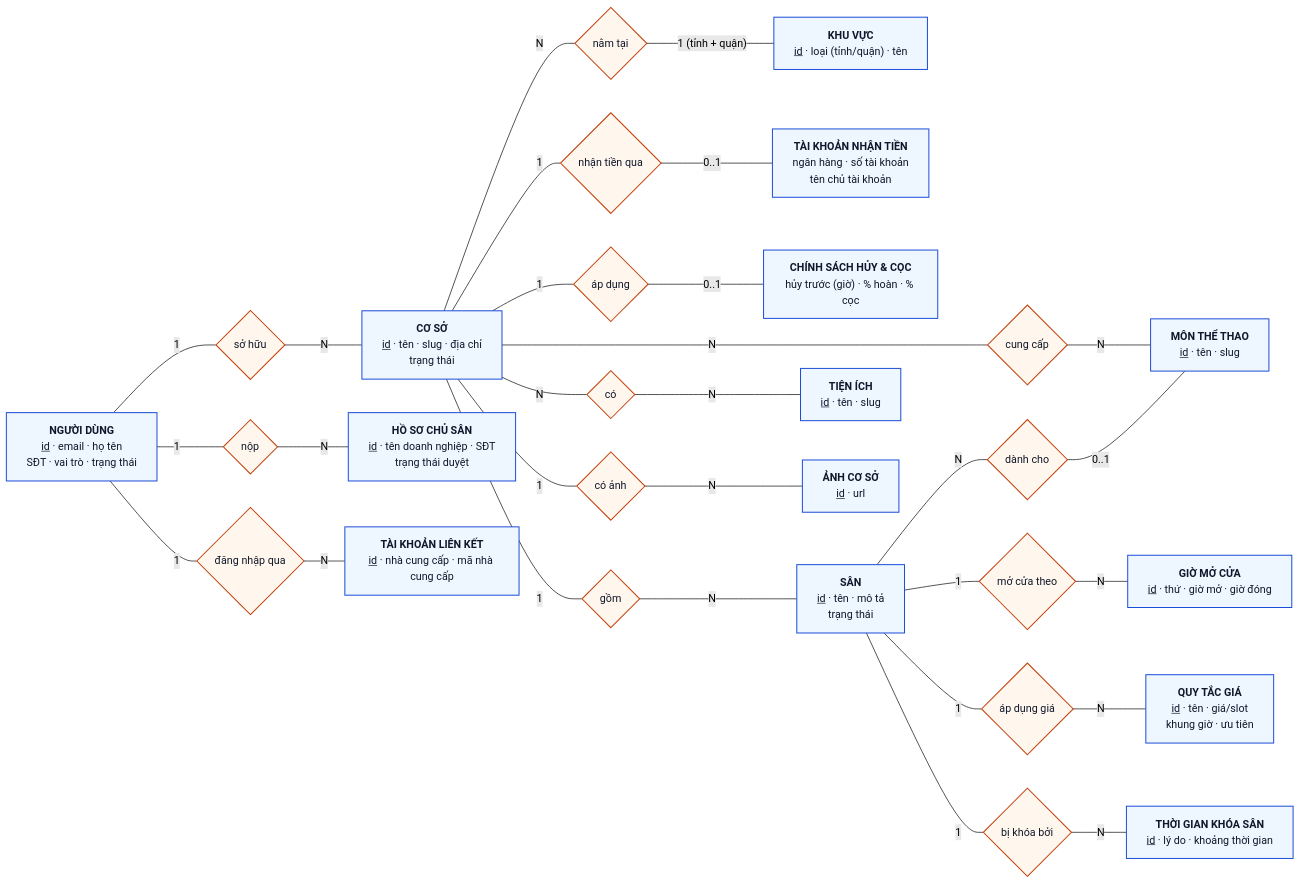
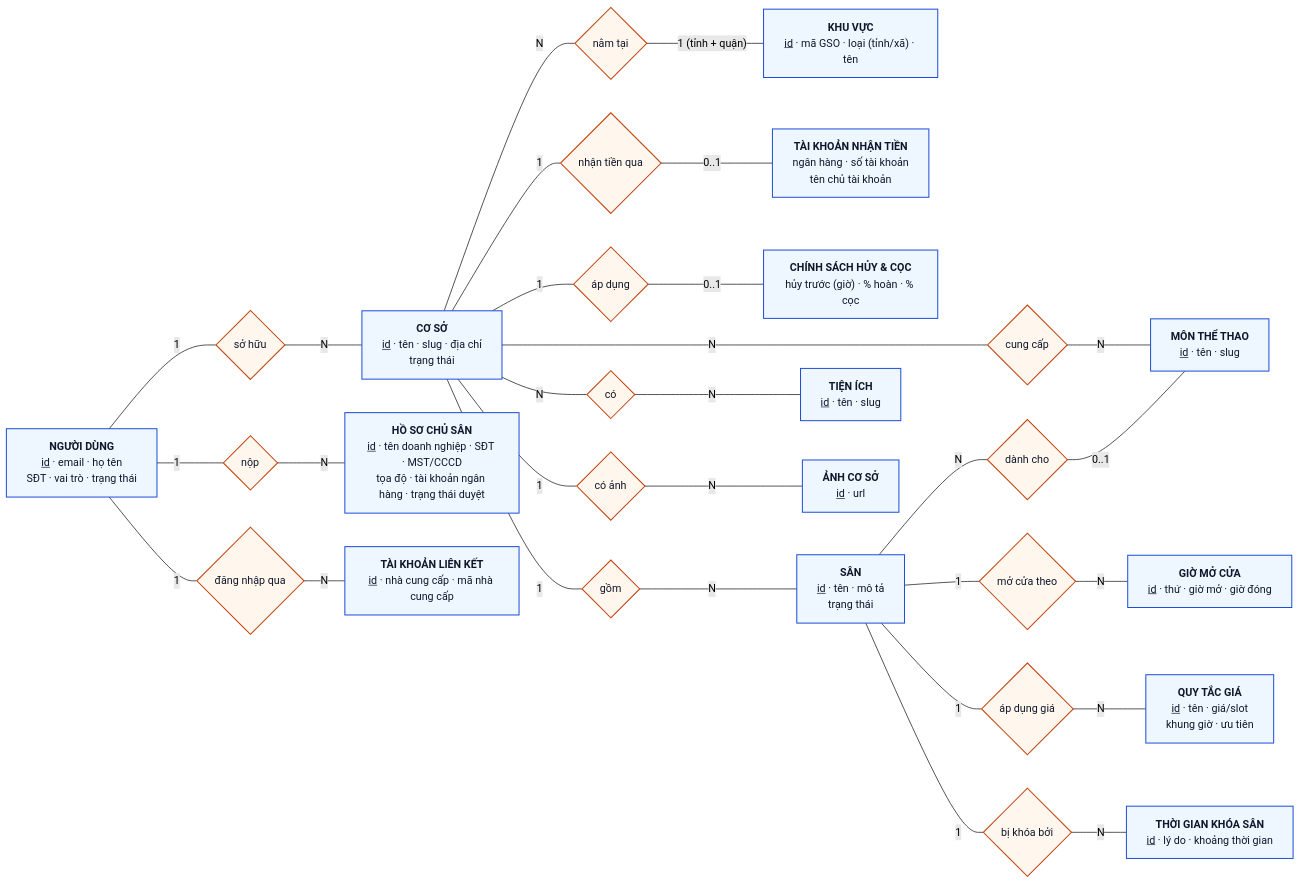
One commit to TuyenTran205/bookSportsCourt changed the first of 4 diagrams in docs/04-database-schema.md. Above: the diagram before and after it, drawn with Mermaid (forest theme). The commit also changed other lines of this file and 23 other files, not shown here.

````diff
--- a/docs/04-database-schema.md
+++ b/docs/04-database-schema.md
@@ -78,50 +83,50 @@
 ```mermaid
 flowchart LR
     classDef entity fill:#eef6ff,stroke:#1d4ed8,stroke-width:1.5px,color:#0f172a;
     classDef rel fill:#fff7ed,stroke:#c2410c,stroke-width:1.5px,color:#0f172a;
 
     USER["<b>NGƯỜI DÙNG</b><br/><u>id</u> · email · họ tên<br/>SĐT · vai trò · trạng thái"]:::entity
     VENUE["<b>CƠ SỞ</b><br/><u>id</u> · tên · slug · địa chỉ<br/>trạng thái"]:::entity
-    AREA["<b>KHU VỰC</b><br/><u>id</u> · loại (tỉnh/quận) · tên"]:::entity
-    APP["<b>HỒ SƠ CHỦ SÂN</b><br/><u>id</u> · tên doanh nghiệp · SĐT<br/>trạng thái duyệt"]:::entity
+    AREA["<b>KHU VỰC</b><br/><u>id</u> · mã GSO · loại (tỉnh/xã) · tên"]:::entity
+    APP["<b>HỒ SƠ CHỦ SÂN</b><br/><u>id</u> · tên doanh nghiệp · SĐT · MST/CCCD<br/>tọa độ · tài khoản ngân hàng · trạng thái duyệt"]:::entity
     BANK["<b>TÀI KHOẢN NHẬN TIỀN</b><br/>ngân hàng · số tài khoản<br/>tên chủ tài khoản"]:::entity
     POLICY["<b>CHÍNH SÁCH HỦY & CỌC</b><br/>hủy trước (giờ) · % hoàn · % cọc"]:::entity
     COURT["<b>SÂN</b><br/><u>id</u> · tên · mô tả<br/>trạng thái"]:::entity
     SPORT["<b>MÔN THỂ THAO</b><br/><u>id</u> · tên · slug"]:::entity
     AMEN["<b>TIỆN ÍCH</b><br/><u>id</u> · tên · slug"]:::entity
     IMG["<b>ẢNH CƠ SỞ</b><br/><u>id</u> · url"]:::entity
     OH["<b>GIỜ MỞ CỬA</b><br/><u>id</u> · thứ · giờ mở · giờ đóng"]:::entity
     PR["<b>QUY TẮC GIÁ</b><br/><u>id</u> · tên · giá/slot<br/>khung giờ · ưu tiên"]:::entity
     BO["<b>THỜI GIAN KHÓA SÂN</b><br/><u>id</u> · lý do · khoảng thời gian"]:::entity
     OAUTH["<b>TÀI KHOẢN LIÊN KẾT</b><br/><u>id</u> · nhà cung cấp · mã nhà cung cấp"]:::entity
 
     R_OWN{"sở hữu"}:::rel
     R_CON{"gồm"}:::rel
     R_IMG{"có ảnh"}:::rel
     R_OFF{"cung cấp"}:::rel
     R_PRO{"có"}:::rel
     R_FOR{"dành cho"}:::rel
     R_OH{"mở cửa theo"}:::rel
     R_PR{"áp dụng giá"}:::rel
     R_BO{"bị khóa bởi"}:::rel
     R_LNK{"đăng nhập qua"}:::rel
     R_APP{"nộp"}:::rel
     R_LOC{"nằm tại"}:::rel
     R_BANK{"nhận tiền qua"}:::rel
     R_POL{"áp dụng"}:::rel
 
     USER ---|1| R_OWN ---|N| VENUE
     VENUE ---|1| R_CON ---|N| COURT
     VENUE ---|1| R_IMG ---|N| IMG
     VENUE ---|N| R_OFF ---|N| SPORT
     VENUE ---|N| R_PRO ---|N| AMEN
     COURT ---|N| R_FOR ---|"0..1"| SPORT
     COURT ---|1| R_OH ---|N| OH
     COURT ---|1| R_PR ---|N| PR
     COURT ---|1| R_BO ---|N| BO
     USER ---|1| R_LNK ---|N| OAUTH
     USER ---|1| R_APP ---|N| APP
     VENUE ---|N| R_LOC ---|"1 (tỉnh + quận)"| AREA
     VENUE ---|1| R_BANK ---|"0..1"| BANK
     VENUE ---|1| R_POL ---|"0..1"| POLICY
 ```
````
